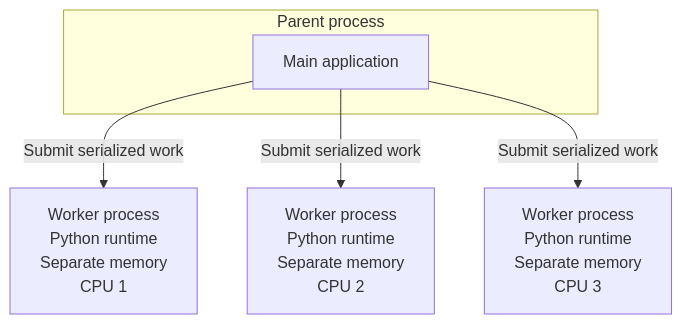
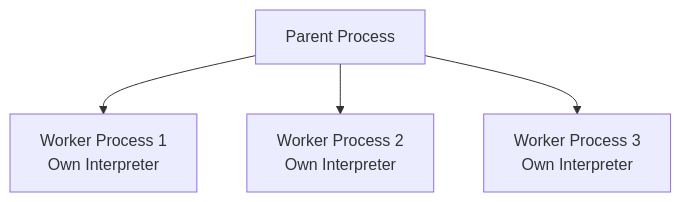
One commit to AvadhBhalodiya/Interview-Preparation changed the third of 7 diagrams in src/content/python/threading-multiprocessing-asyncio.md. Above: the diagram before and after it, drawn with Mermaid. The commit also changed other lines of this file and 80 other files, not shown here.

````diff
--- a/src/content/python/threading-multiprocessing-asyncio.md
+++ b/src/content/python/threading-multiprocessing-asyncio.md
@@ -427,10 +151,6 @@
 ```mermaid
 flowchart TD
-    subgraph PARENT[Parent process]
-        MAIN[Main application]
-    end
-
-    MAIN -->|Submit serialized work| W1["Worker process<br/>Python runtime<br/>Separate memory<br/>CPU 1"]
-    MAIN -->|Submit serialized work| W2["Worker process<br/>Python runtime<br/>Separate memory<br/>CPU 2"]
-    MAIN -->|Submit serialized work| W3["Worker process<br/>Python runtime<br/>Separate memory<br/>CPU 3"]
+    MAIN[Parent Process] --> P1[Worker Process 1<br/>Own Interpreter]
+    MAIN --> P2[Worker Process 2<br/>Own Interpreter]
+    MAIN --> P3[Worker Process 3<br/>Own Interpreter]
 ```
````
